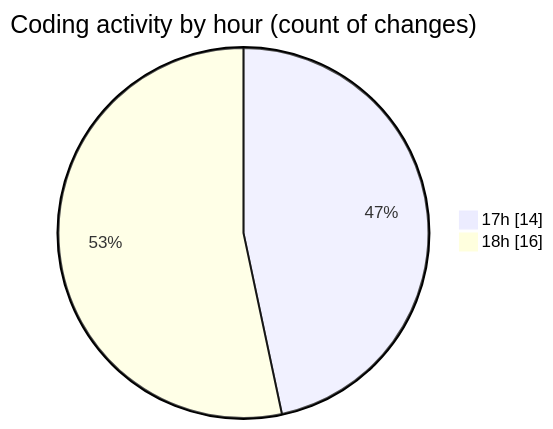
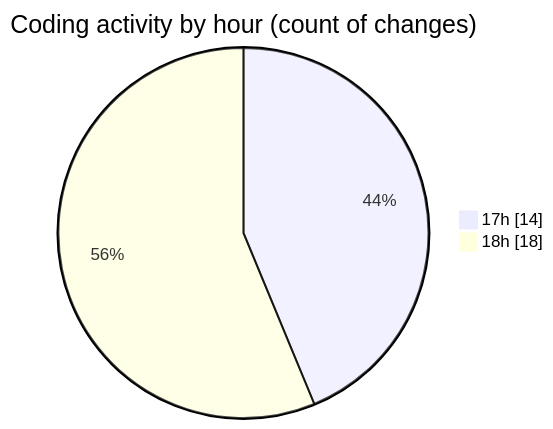
Before and after one commit to idhammustaqopulfikri/code-tracking: the second of 2 diagrams in 2025-10-05/lapangan-futsal/README.md, drawn with Mermaid. The commit also changed other lines of this file and 1 other file, not shown here.

````diff
--- a/2025-10-05/lapangan-futsal/README.md
+++ b/2025-10-05/lapangan-futsal/README.md
@@ -49,6 +51,6 @@
 ```mermaid
 pie showData
 title Coding activity by hour (count of changes)
 "17h" : 14
-"18h" : 16
+"18h" : 18
 ```
````
